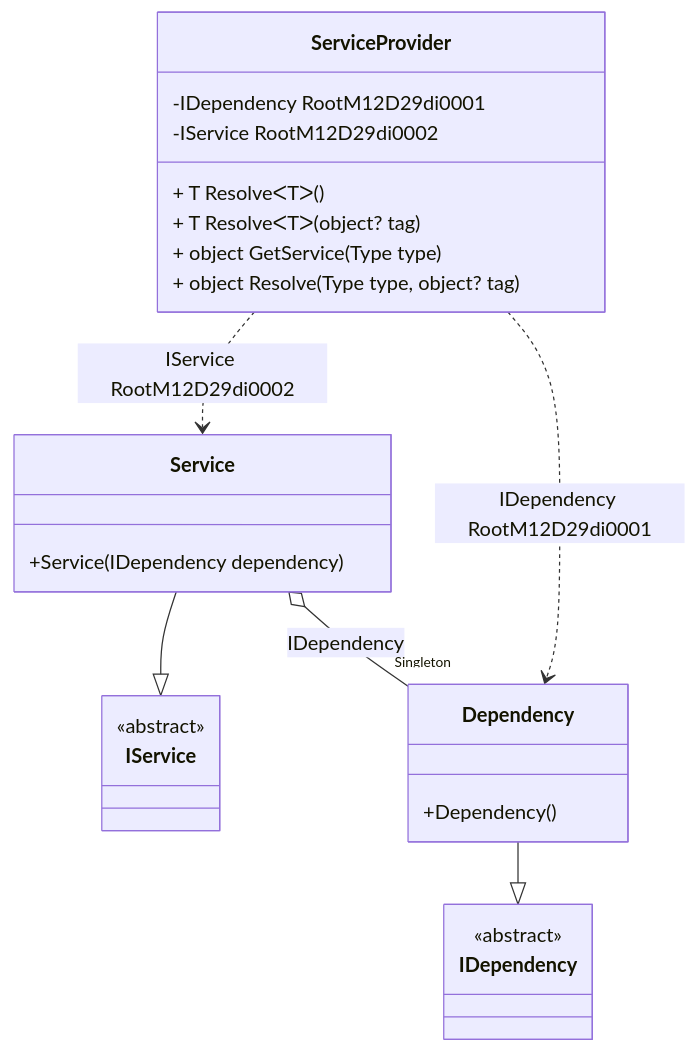
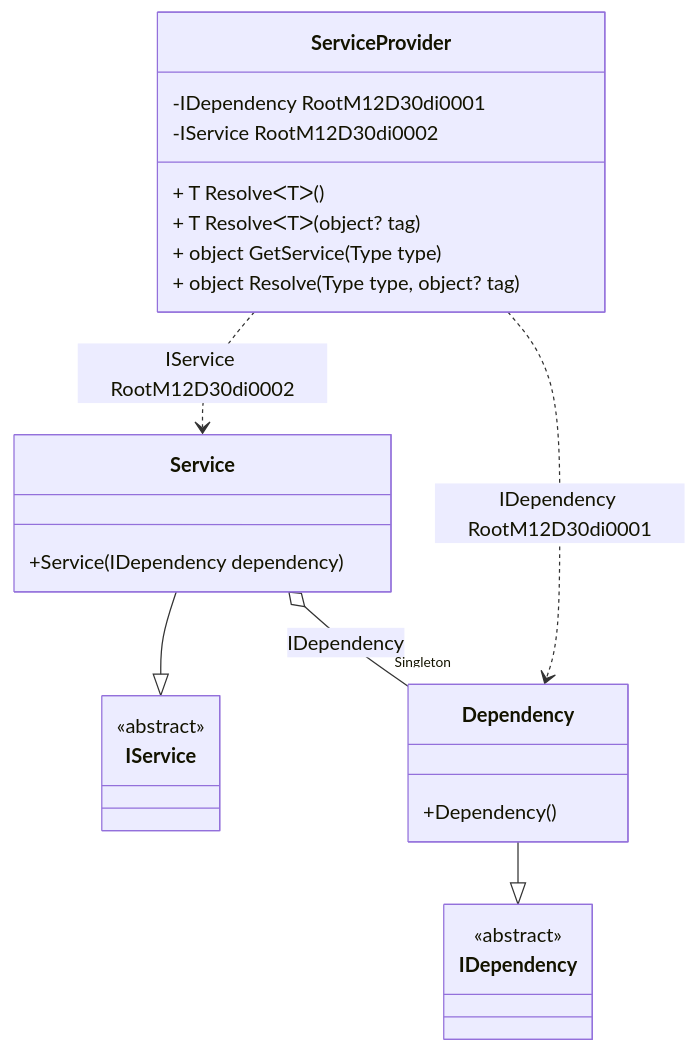
The diagram in readme/service-provider.md (DevTeam/Pure.DI), drawn with Mermaid before and after one commit. The commit also changed other lines of this file and 36 other files, not shown here.

````diff
--- a/readme/service-provider.md
+++ b/readme/service-provider.md
@@ -46,28 +46,28 @@
 ```mermaid
 classDiagram
   class ServiceProvider {
-    -IDependency RootM12D29di0001
-    -IService RootM12D29di0002
+    -IDependency RootM12D30di0001
+    -IService RootM12D30di0002
     + T ResolveᐸTᐳ()
     + T ResolveᐸTᐳ(object? tag)
     + object GetService(Type type)
     + object Resolve(Type type, object? tag)
   }
   Service --|> IService : 
   class Service {
     +Service(IDependency dependency)
   }
   Dependency --|> IDependency : 
   class Dependency {
     +Dependency()
   }
   class IService {
     <<abstract>>
   }
   class IDependency {
     <<abstract>>
   }
   Service o--  "Singleton" Dependency : IDependency
-  ServiceProvider ..> Dependency : IDependency RootM12D29di0001
-  ServiceProvider ..> Service : IService RootM12D29di0002
+  ServiceProvider ..> Dependency : IDependency RootM12D30di0001
+  ServiceProvider ..> Service : IService RootM12D30di0002
 ```
````
